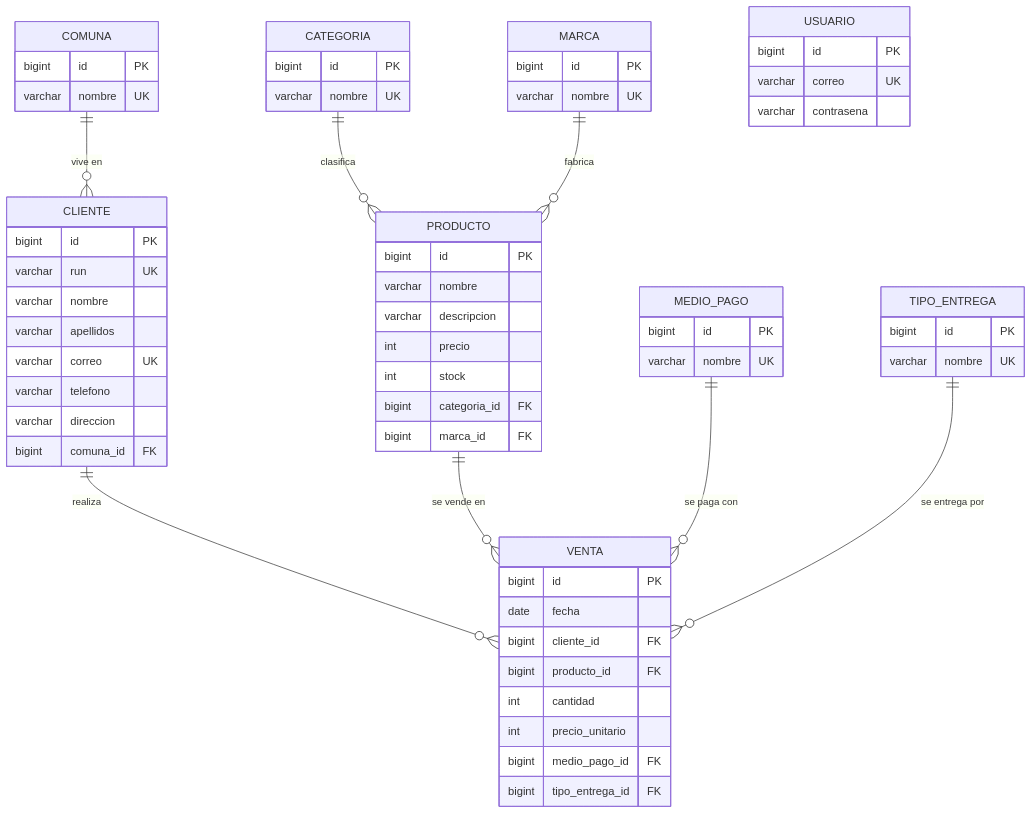
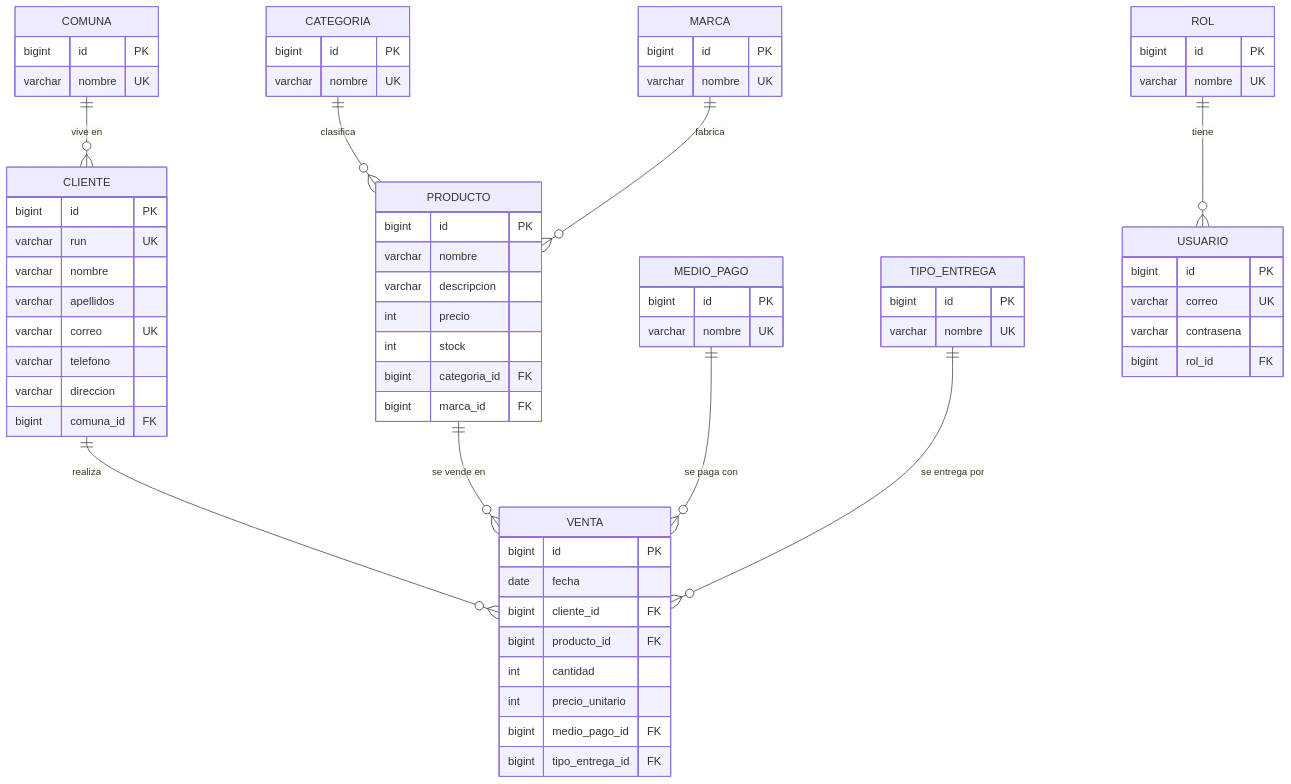
The diagram in backend/README.md (Alzortttt1204/Evaluacion-3-Full-Stack), drawn with Mermaid before and after one commit. The commit also changed other lines of this file and 135 other files, not shown here.

````diff
--- a/backend/README.md
+++ b/backend/README.md
@@ -53,47 +57,51 @@
 ```mermaid
 erDiagram
     CATEGORIA    ||--o{ PRODUCTO : clasifica
     MARCA        ||--o{ PRODUCTO : fabrica
     COMUNA       ||--o{ CLIENTE  : "vive en"
     CLIENTE      ||--o{ VENTA    : realiza
     PRODUCTO     ||--o{ VENTA    : "se vende en"
     MEDIO_PAGO   ||--o{ VENTA    : "se paga con"
     TIPO_ENTREGA ||--o{ VENTA    : "se entrega por"
+    ROL          ||--o{ USUARIO  : "tiene"
 
     CATEGORIA    { bigint id PK
                    varchar nombre UK }
     MARCA        { bigint id PK
                    varchar nombre UK }
     COMUNA       { bigint id PK
                    varchar nombre UK }
     MEDIO_PAGO   { bigint id PK
                    varchar nombre UK }
     TIPO_ENTREGA { bigint id PK
                    varchar nombre UK }
     PRODUCTO     { bigint id PK
                    varchar nombre
                    varchar descripcion
                    int precio
                    int stock
                    bigint categoria_id FK
                    bigint marca_id FK }
     CLIENTE      { bigint id PK
                    varchar run UK
                    varchar nombre
                    varchar apellidos
                    varchar correo UK
                    varchar telefono
                    varchar direccion
                    bigint comuna_id FK }
     VENTA        { bigint id PK
                    date fecha
                    bigint cliente_id FK
                    bigint producto_id FK
                    int cantidad
                    int precio_unitario
                    bigint medio_pago_id FK
                    bigint tipo_entrega_id FK }
+    ROL          { bigint id PK
+                   varchar nombre UK }
     USUARIO      { bigint id PK
                    varchar correo UK
-                   varchar contrasena }
+                   varchar contrasena
+                   bigint rol_id FK }
 ```
````
